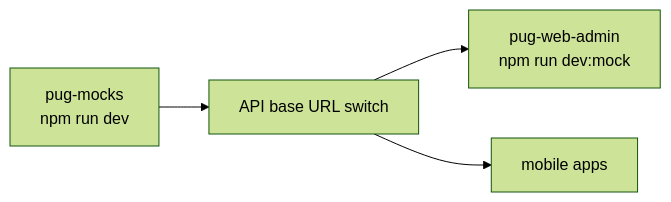
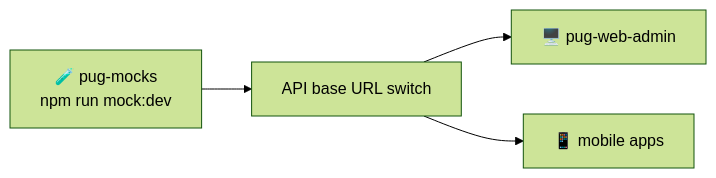
The seventh of 7 diagrams in pug-mocks/README.md (Plataforma-Universidade-Gratuita/pug-docs), drawn with Mermaid (forest theme) before and after one commit. The commit also changed other lines of this file and 2 other files, not shown here.

Commit message:
PUG-266: Update api contract III + add assets;

````diff
--- a/pug-mocks/README.md
+++ b/pug-mocks/README.md
@@ -302,11 +317,11 @@
 ```mermaid
 flowchart LR
-    MOCKS["pug-mocks<br/>npm run dev"]
-    WEB["pug-web-admin<br/>npm run dev:mock"]
-    MOBILE["mobile apps"]
+    MOCKS["🧪 pug-mocks<br/>npm run mock:dev"]
+    WEB["🖥️ pug-web-admin"]
+    MOBILE["📱 mobile apps"]
     BASE["API base URL switch"]
 
     MOCKS --> BASE
     BASE --> WEB
     BASE --> MOBILE
 ```
````
